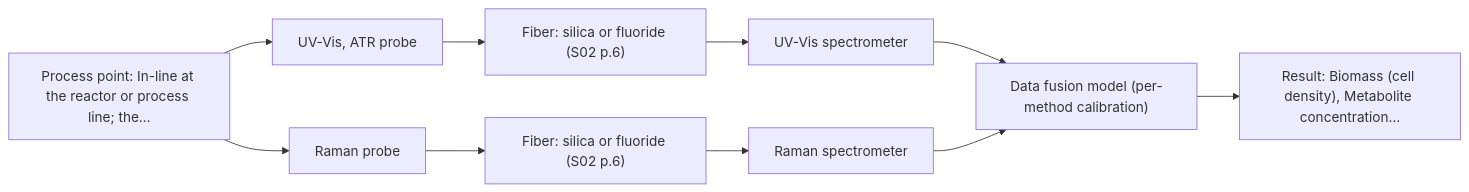
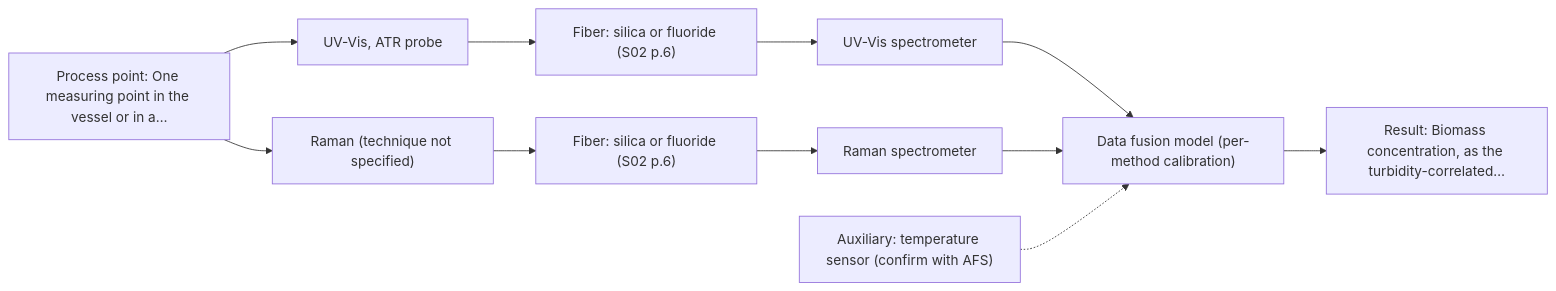
Before and after one commit to sleipnir029/Afs-Spectroscopy-Assistant: the second of 2 diagrams in outputs/dev/D05.md, drawn with Mermaid. The commit also changed other lines of this file and 41 other files, not shown here.

````diff
--- a/outputs/dev/D05.md
+++ b/outputs/dev/D05.md
@@ -94,21 +87,23 @@
 ```mermaid
 flowchart LR
-    proc["Process point: In-line at the reactor or process line; the…"]
+    proc["Process point: One measuring point in the vessel or in a…"]
     probe1["UV-Vis, ATR probe"]
     fiber1["Fiber: silica or fluoride (S02 p.6)"]
     spec1["UV-Vis spectrometer"]
-    probe2["Raman probe"]
+    probe2["Raman (technique not specified)"]
     fiber2["Fiber: silica or fluoride (S02 p.6)"]
     spec2["Raman spectrometer"]
     model["Data fusion model (per-method calibration)"]
-    result["Result: Biomass (cell density), Metabolite concentration…"]
+    result["Result: Biomass concentration, as the turbidity-correlated…"]
+    aux1["Auxiliary: temperature sensor (confirm with AFS)"]
     proc --> probe1
     probe1 --> fiber1
     fiber1 --> spec1
     spec1 --> model
     proc --> probe2
     probe2 --> fiber2
     fiber2 --> spec2
     spec2 --> model
     model --> result
+    aux1 -.-> model
 ```
````
